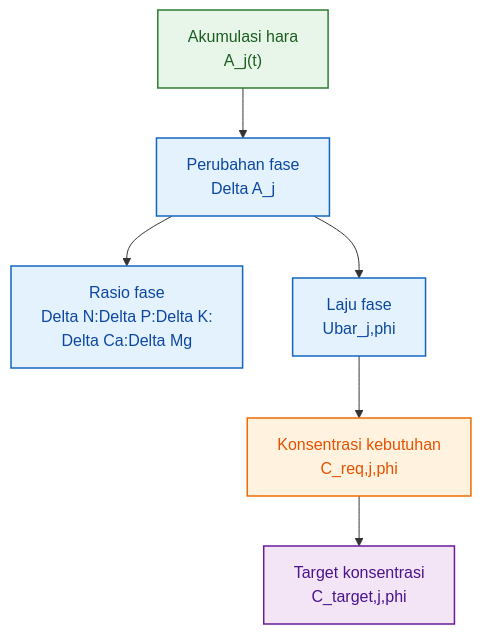
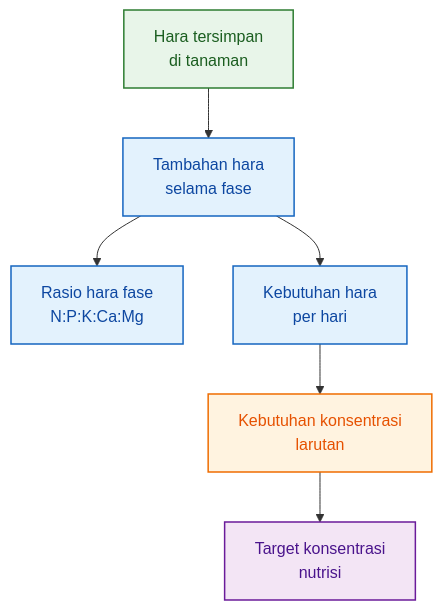
Before and after one commit to slametsampon/kawruhnology: the fourth of 15 diagrams in content/blog/agri/kebon/model-formula-hara.mdx, drawn with Mermaid. The commit also changed other lines of this file and 4 other files, not shown here.

````diff
--- a/content/blog/agri/kebon/model-formula-hara.mdx
+++ b/content/blog/agri/kebon/model-formula-hara.mdx
@@ -749,18 +658,18 @@
 ```mermaid
 flowchart TD
-    A["Akumulasi hara<br/>A_j(t)"] --> B["Perubahan fase<br/>Delta A_j"]
-    B --> C["Rasio fase<br/>Delta N:Delta P:Delta K:<br/>Delta Ca:Delta Mg"]
-    B --> D["Laju fase<br/>Ubar_j,phi"]
-    D --> E["Konsentrasi kebutuhan<br/>C_req,j,phi"]
-    E --> F["Target konsentrasi<br/>C_target,j,phi"]
+    A["Hara tersimpan<br/>di tanaman"] --> B["Tambahan hara<br/>selama fase"]
+    B --> C["Rasio hara fase<br/>N:P:K:Ca:Mg"]
+    B --> D["Kebutuhan hara<br/>per hari"]
+    D --> E["Kebutuhan konsentrasi<br/>larutan"]
+    E --> F["Target konsentrasi<br/>nutrisi"]
 
     classDef dasar fill:#E8F5E9,stroke:#2E7D32,stroke-width:1.5px,color:#1B5E20;
     classDef fase fill:#E3F2FD,stroke:#1565C0,stroke-width:1.5px,color:#0D47A1;
     classDef target fill:#FFF3E0,stroke:#EF6C00,stroke-width:1.5px,color:#E65100;
     classDef hasil fill:#F3E5F5,stroke:#6A1B9A,stroke-width:1.5px,color:#4A148C;
 
     class A dasar;
     class B,C,D fase;
     class E target;
     class F hasil;
 ```
````
